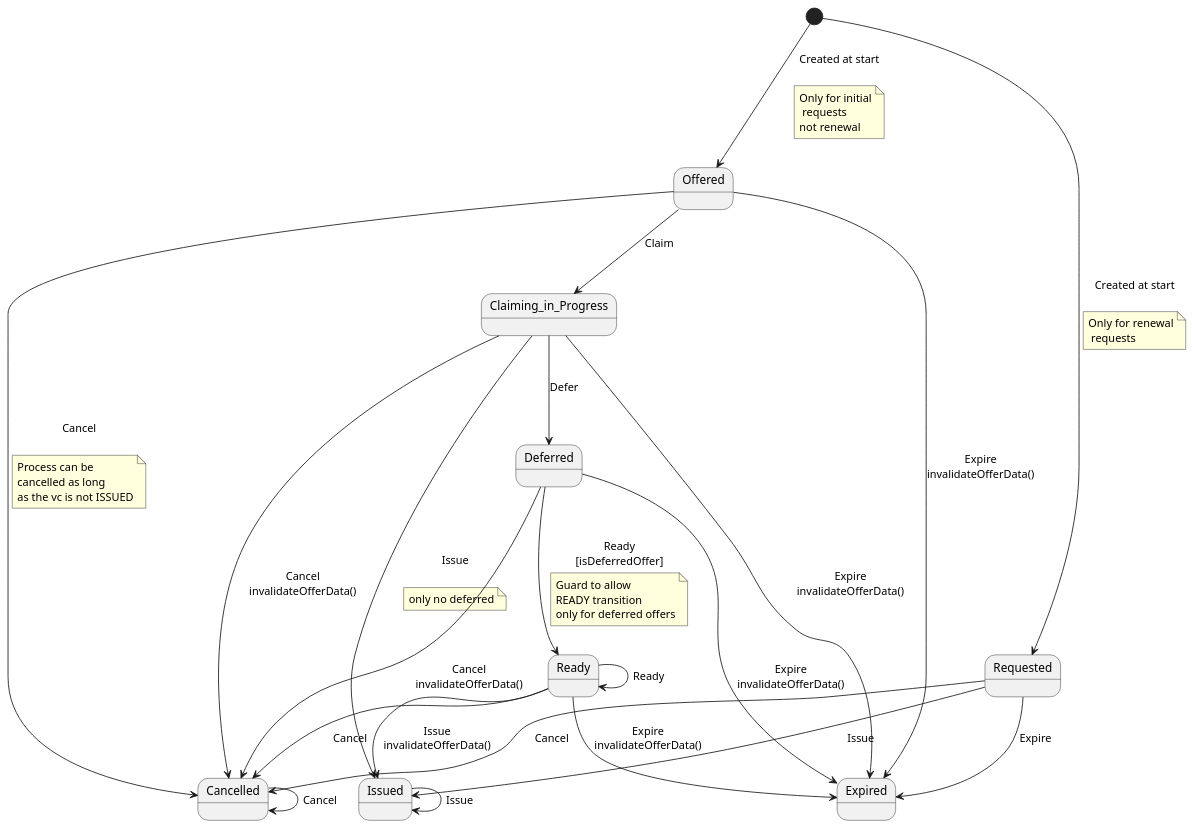
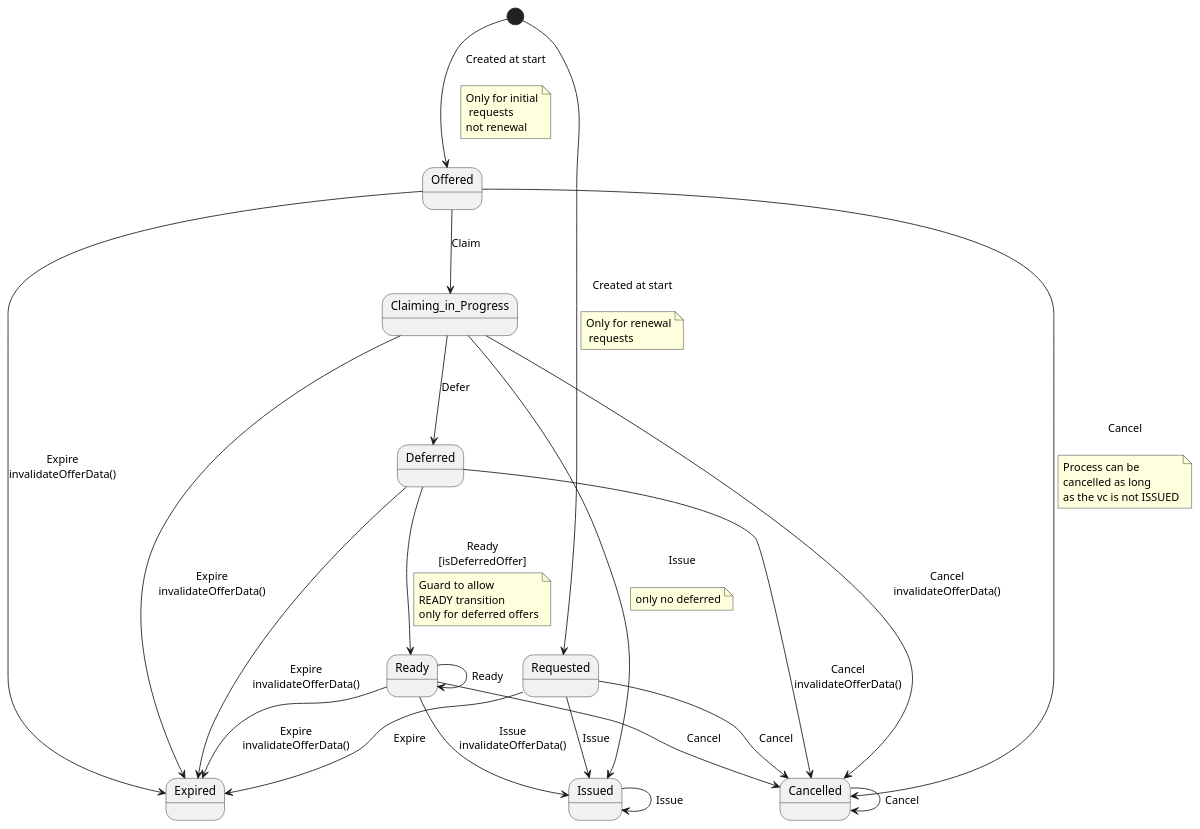
The diagram in issuer-service/src/main/resources/plantuml/credentialOfferStateMachine.puml (swiyu-admin-ch/swiyu-issuer), drawn with PlantUML before and after one commit. The commit also changed other lines of this file and 30 other files, not shown here.

```diff
--- a/issuer-service/src/main/resources/plantuml/credentialOfferStateMachine.puml
+++ b/issuer-service/src/main/resources/plantuml/credentialOfferStateMachine.puml
@@ -1,58 +1,58 @@
 @startuml
-state Expired
 state Cancelled
-state Ready
 state Claiming_in_Progress
 state Deferred
+state Expired
+state Issued
 state Offered
-state Issued
+state Ready
 state Requested
 [*] --> Offered : Created at start\n
 note on link
 Only for initial
  requests
 not renewal
 end note
 
 [*] --> Requested : Created at start\n
 note on link
 Only for renewal
  requests
 end note
 
 Requested --> Issued : Issue
 Requested --> Cancelled : Cancel
 Requested --> Expired : Expire
 Offered --> Cancelled : Cancel\n
 note on link
 Process can be
 cancelled as long
 as the vc is not ISSUED
 end note
 
 Offered --> Expired : Expire\ninvalidateOfferData()
 Offered --> Claiming_in_Progress : Claim
 Claiming_in_Progress --> Expired : Expire\ninvalidateOfferData()
 Claiming_in_Progress --> Deferred : Defer
 Claiming_in_Progress --> Issued : Issue\n
 note on link
 only no deferred
 end note
 
 Claiming_in_Progress --> Cancelled : Cancel\ninvalidateOfferData()
 Deferred --> Ready : Ready\n[isDeferredOffer]
 note on link
 Guard to allow
 READY transition
 only for deferred offers
 end note
 
 Deferred --> Expired : Expire\ninvalidateOfferData()
 Deferred --> Cancelled : Cancel\ninvalidateOfferData()
 Ready --> Issued : Issue\ninvalidateOfferData()
 Ready --> Expired : Expire\ninvalidateOfferData()
 Ready --> Cancelled : Cancel
 Ready --> Ready : Ready
 Issued --> Issued : Issue
 Cancelled --> Cancelled : Cancel
 @enduml
```
